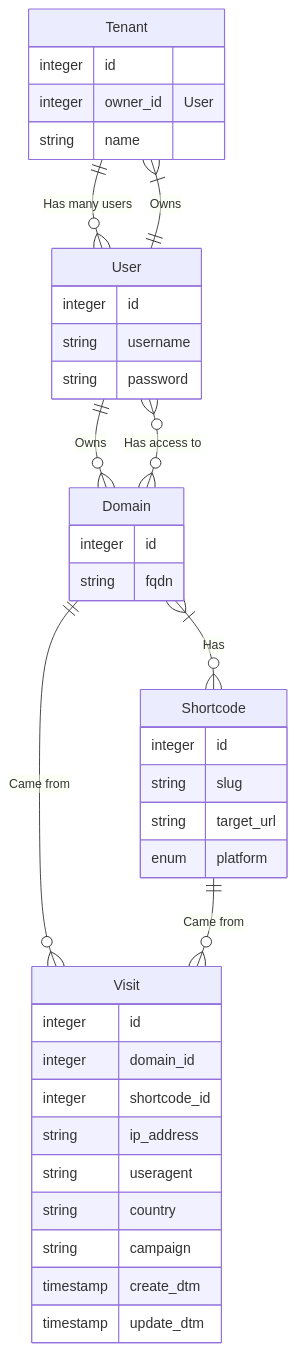
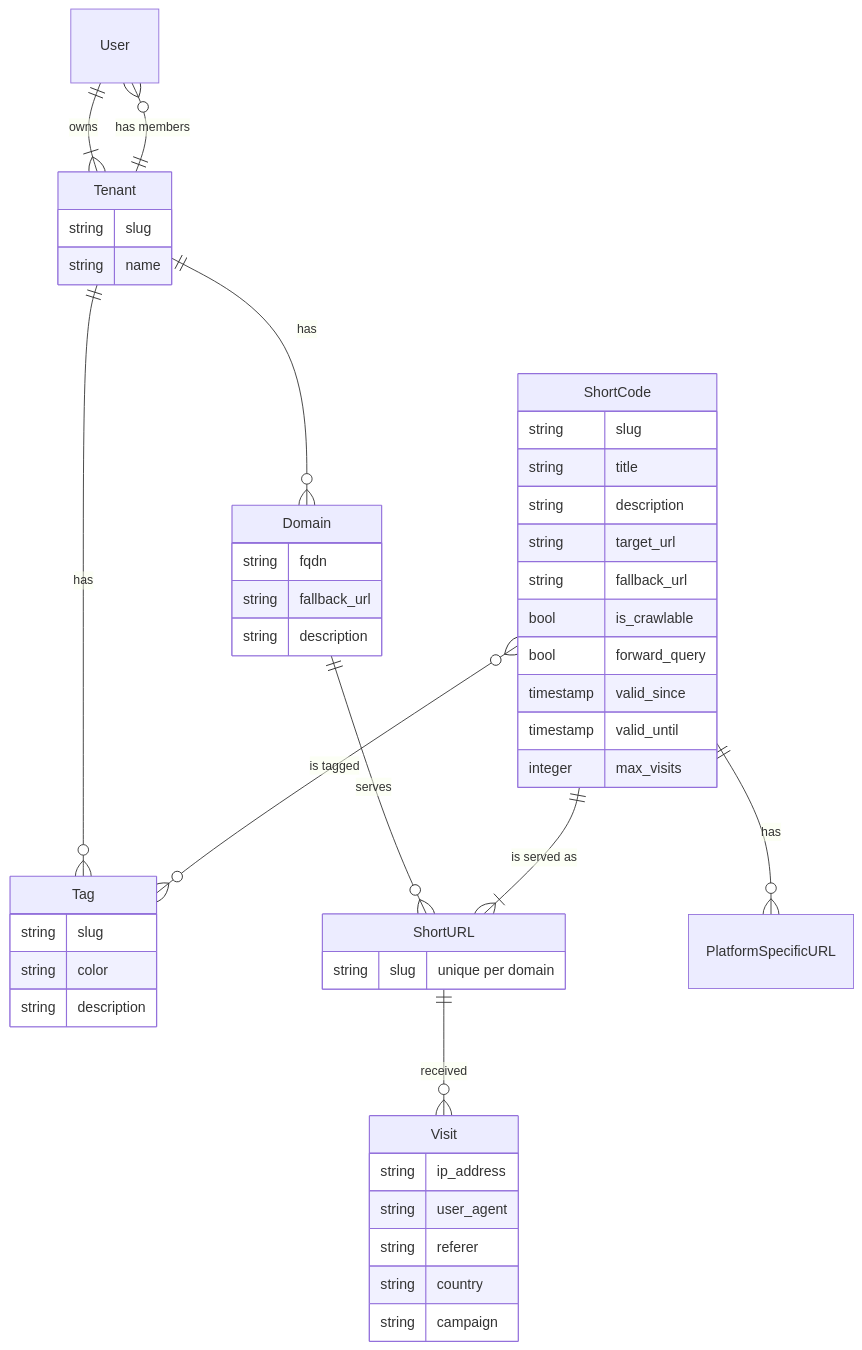
The diagram in README.md (davidolrik/corto), drawn with Mermaid before and after one commit. The commit also changed other lines of this file and 6 other files, not shown here.

````diff
--- a/README.md
+++ b/README.md
@@ -19,52 +225,55 @@
 ```mermaid
 erDiagram
 
+User ||--|{ Tenant : "owns"
+Tenant ||--o{ User : "has members"
+Tenant ||--o{ Domain : "has"
+Tenant ||--o{ Tag : "has"
+Domain ||--o{ ShortURL : "serves"
+ShortCode ||--|{ ShortURL : "is served as"
+ShortCode }o--o{ Tag : "is tagged"
+ShortCode ||--o{ PlatformSpecificURL : "has"
+ShortURL ||--o{ Visit : "received"
+
 Tenant {
-  integer id
-  integer owner_id "User"
+  string slug
   string name
 }
 
-User {
-  integer id
-  string username
-  string password
+Domain {
+  string fqdn
+  string fallback_url
+  string description
 }
 
-Domain {
-  integer id
-  string fqdn
+ShortCode {
+  string slug
+  string title
+  string description
+  string target_url
+  string fallback_url
+  bool is_crawlable
+  bool forward_query
+  timestamp valid_since
+  timestamp valid_until
+  integer max_visits
 }
 
-Shortcode {
-  integer id
-  string slug
-  string target_url
-  enum platform
+ShortURL {
+  string slug "unique per domain"
 }
 
 Visit {
-  integer id
-  integer domain_id
-  integer shortcode_id
   string ip_address
-  string useragent
+  string user_agent
+  string referer
   string country
   string campaign
-  timestamp create_dtm 
-  timestamp update_dtm 
 }
 
-User ||--|{ Tenant : "Owns"
-
-Tenant ||--o{ User : "Has many users"
-
-User ||--o{ Domain : Owns
-User }o--o{ Domain : "Has access to"
-
-Domain }|--o{ Shortcode : Has
-
-Domain ||--o{ Visit : "Came from"
-Shortcode ||--o{ Visit : "Came from"
-
+Tag {
+  string slug
+  string color
+  string description
+}
 ```
````
